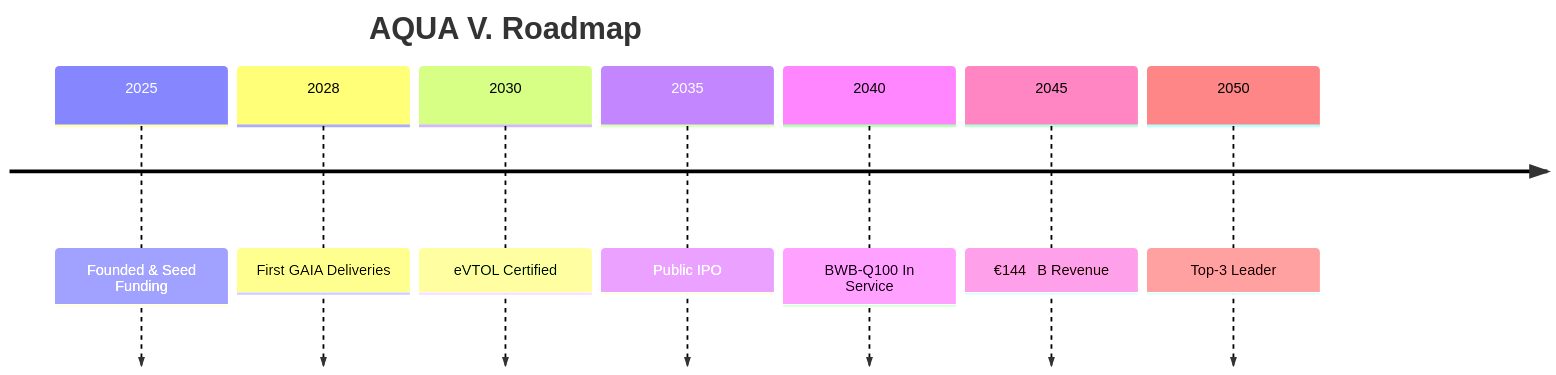
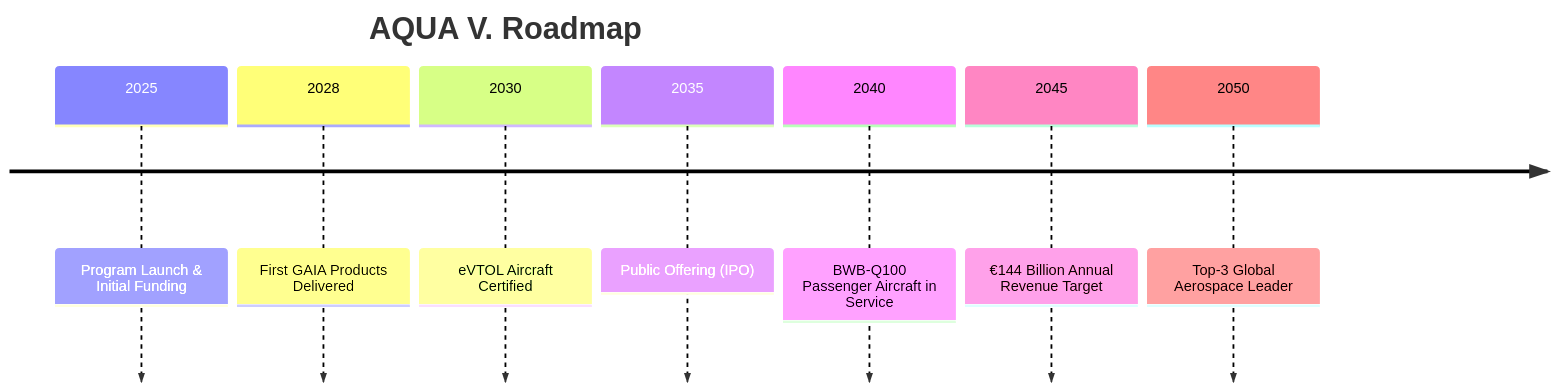
The third of 4 diagrams in README.md (Robbbo-T/A-Q-U-A_V), drawn with Mermaid before and after one commit. The commit also changed other lines of this file, not shown here.

````diff
--- a/README.md
+++ b/README.md
@@ -192,11 +186,11 @@
 ```mermaid
 timeline
 title AQUA V. Roadmap
-2025 : Founded & Seed Funding
-2028 : First GAIA Deliveries
-2030 : eVTOL Certified
-2035 : Public IPO
-2040 : BWB-Q100 In Service
-2045 : €144 B Revenue
-2050 : Top‑3 Leader
+2025 : Program Launch & Initial Funding
+2028 : First GAIA Products Delivered
+2030 : eVTOL Aircraft Certified
+2035 : Public Offering (IPO)
+2040 : BWB-Q100 Passenger Aircraft in Service
+2045 : €144 Billion Annual Revenue Target
+2050 : Top-3 Global Aerospace Leader
 ```
````
